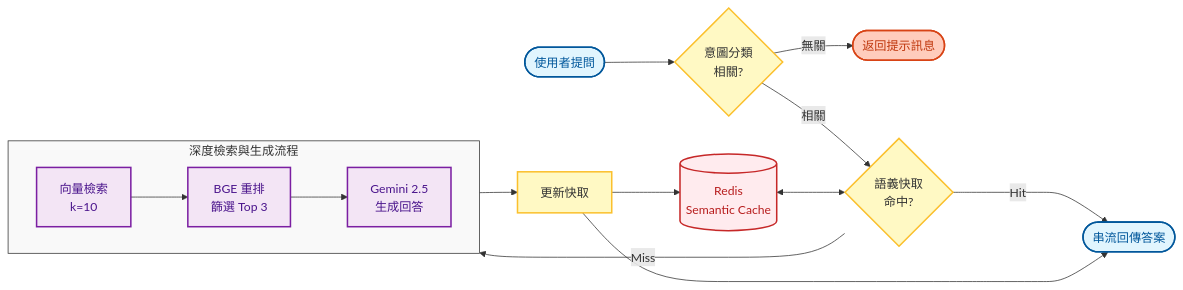
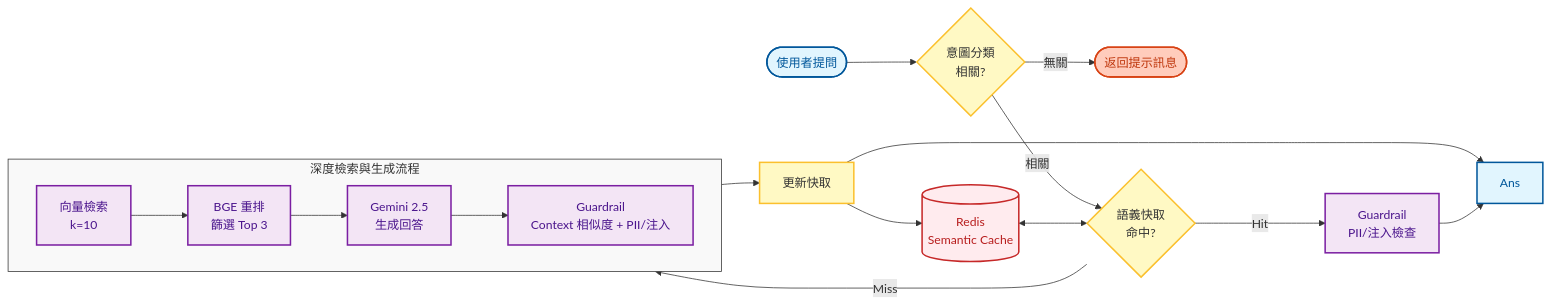
The second of 4 diagrams in architecture.md (albertkingdom/rag-chatbot-demo), drawn with Mermaid before and after one commit. The commit also changed other lines of this file and 1 other file, not shown here.

Commit message:
docs: update architecture diagram and add intent classification doc

````diff
--- a/architecture.md
+++ b/architecture.md
@@ -66,40 +73,42 @@
 ```mermaid
 flowchart LR
     %% 方向與元件定義
     Q([使用者提問]) --> Intent{意圖分類<br/>相關?}
 
     Intent -- 無關 --> Reject([返回提示訊息])
     Intent -- 相關 --> Cache{語義快取<br/>命中?}
 
     Redis[(Redis<br/>Semantic Cache)] <--> Cache
 
     subgraph RAG ["深度檢索與生成流程"]
         direction LR
         Search[向量檢索<br/>k=10] --> Rerank[BGE 重排<br/>篩選 Top 3]
         Rerank --> Gen[Gemini 2.5<br/>生成回答]
+        Gen --> GuardDeep[Guardrail<br/>Context 相似度 + PII/注入]
     end
 
     Cache -- Miss --> Search
-    Cache -- Hit ----> Ans([串流回傳答案])
+    Cache -- Hit ----> GuardCache[Guardrail<br/>PII/注入檢查]
 
     %% 回寫快取路徑
-    Gen --> Store[更新快取]
+    GuardDeep --> Store[更新快取]
     Store --> Redis
     Store --> Ans
+    GuardCache --> Ans
 
     %% 樣式美化 (增強對比度以利簡報呈現)
     classDef input fill:#e1f5fe,stroke:#01579b,stroke-width:2px,color:#01579b
     classDef logic fill:#fff9c4,stroke:#fbc02d,stroke-width:2px,color:#333
     classDef core fill:#f3e5f5,stroke:#7b1fa2,stroke-width:2px,color:#4a148c
     classDef storage fill:#ffebee,stroke:#c62828,stroke-width:2px,color:#b71c1c
     classDef reject fill:#ffccbc,stroke:#d84315,stroke-width:2px,color:#bf360c
 
     class Q,Ans input
     class Intent,Cache,Store logic
-    class Search,Rerank,Gen core
+    class Search,Rerank,Gen,GuardDeep,GuardCache core
     class Redis storage
     class Reject reject
 
     %% 子圖樣式
     style RAG fill:#f9f9f9,stroke:#333,stroke-width:1px,color:#333
 ```
````
